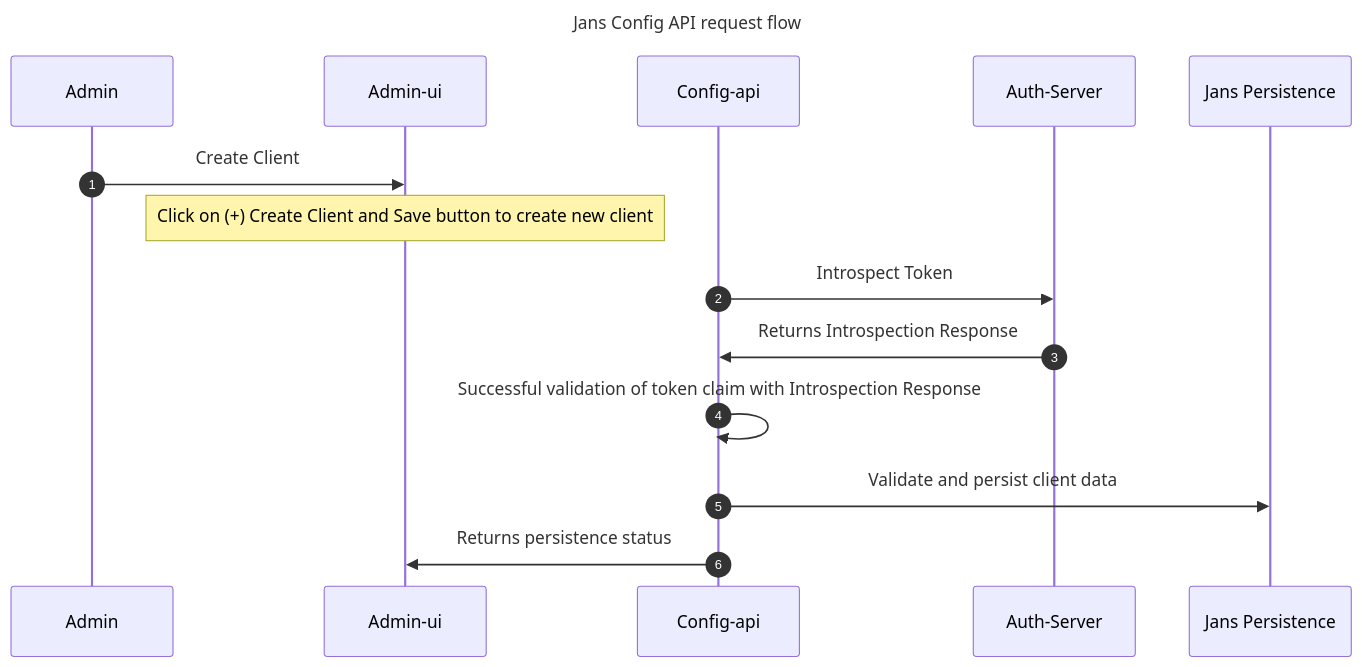
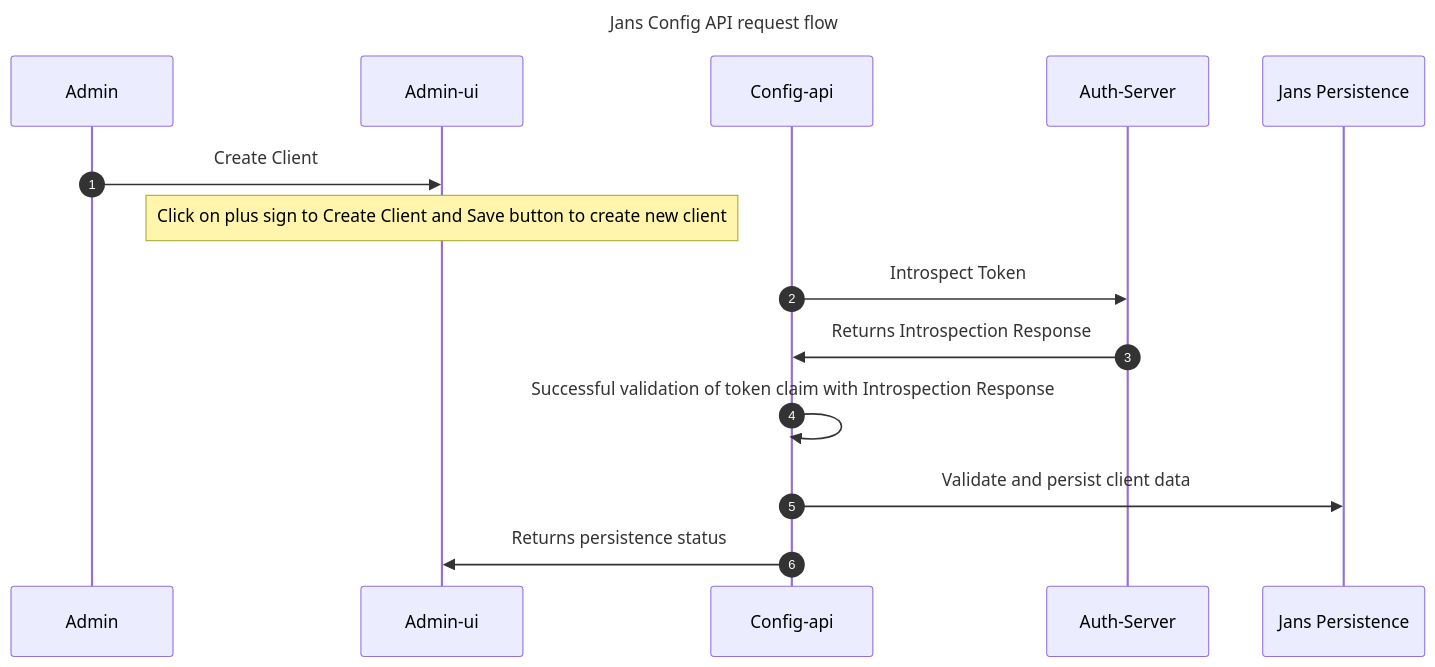
The diagram in docs/developer/implementation-design/jans-config-api.md (JanssenProject/jans), drawn with Mermaid before and after one commit. The commit also changed other lines of this file and 1 other file, not shown here.

Commit message:
docs: scim and config-api details

````diff
--- a/docs/developer/implementation-design/jans-config-api.md
+++ b/docs/developer/implementation-design/jans-config-api.md
@@ -26,20 +25,20 @@
 ```mermaid
 
 sequenceDiagram
 title Jans Config API request flow
 autonumber 1
 
 participant Admin
 participant Admin-ui
 participant Config-api
 participant Auth-Server
 participant Jans Persistence
 
 Admin->>Admin-ui: Create Client
-note over Admin-ui: Click on (+) Create Client and Save button to create new client
+note over Admin-ui: Click on plus sign to Create Client and Save button to create new client
 Config-api->>Auth-Server: Introspect Token
 Auth-Server->>Config-api: Returns Introspection Response
 Config-api->>Config-api: Successful validation of token claim with Introspection Response
 Config-api->>Jans Persistence: Validate and persist client data
 Config-api->>Admin-ui: Returns persistence status
 ```
````
